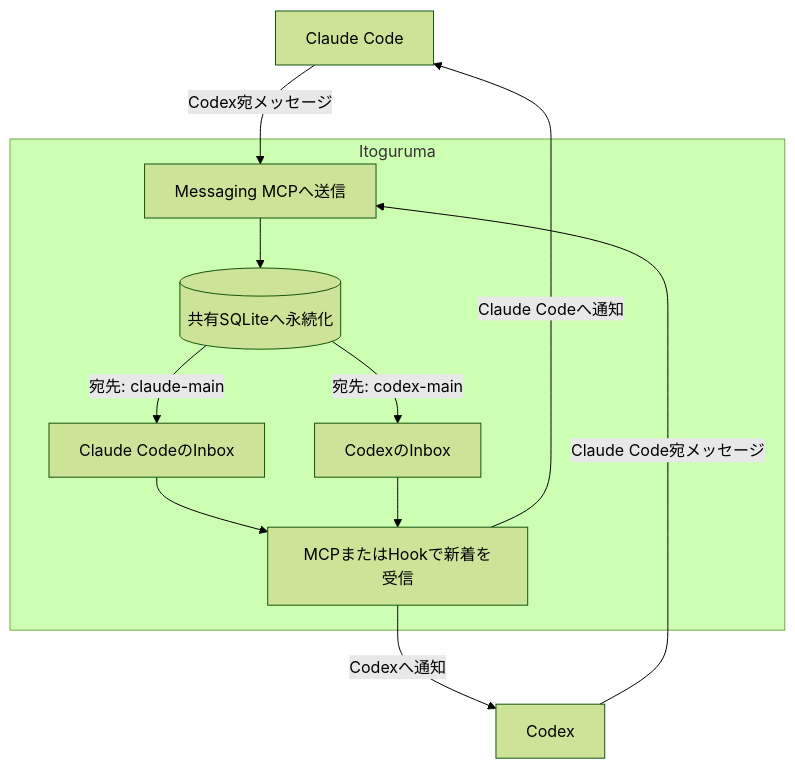
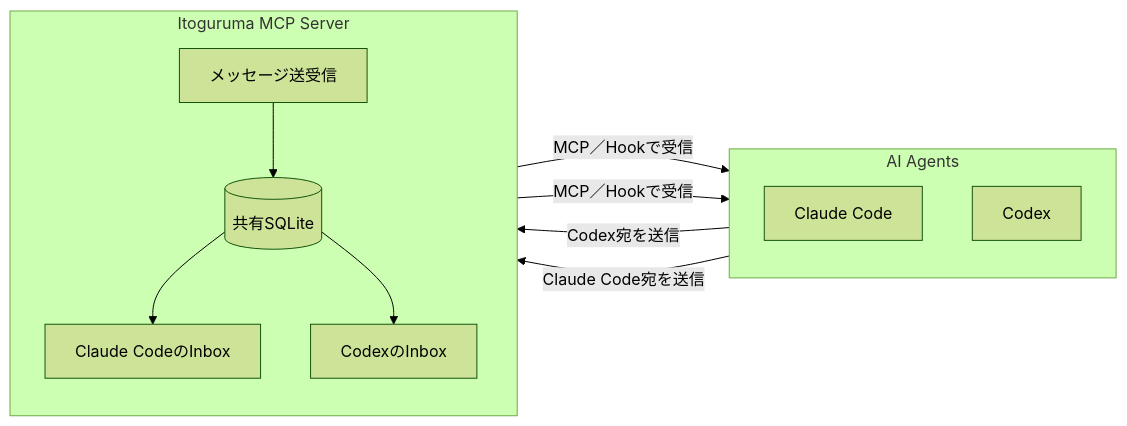
Before and after one commit to katsushoe/Itoguruma: the diagram in README.md, drawn with Mermaid (forest theme).

Commit message:
docs: improve messaging diagram layout

````diff
--- a/README.md
+++ b/README.md
@@ -7,23 +7,25 @@
 ```mermaid
-flowchart TB
-    Claude["Claude Code"]
-    Codex["Codex"]
+flowchart LR
+    subgraph Agents["AI Agents"]
+        direction TB
+        Claude["Claude Code"]
+        Codex["Codex"]
+    end
 
-    subgraph Itoguruma["Itoguruma"]
-        Send["Messaging MCPへ送信"]
-        Store[("共有SQLiteへ永続化")]
+    subgraph Itoguruma["Itoguruma MCP Server"]
+        direction TB
+        Messaging["メッセージ送受信"]
+        Store[("共有SQLite")]
         ClaudeInbox["Claude CodeのInbox"]
         CodexInbox["CodexのInbox"]
-        Deliver["MCPまたはHookで新着を受信"]
+
+        Messaging --> Store
+        Store --> ClaudeInbox
+        Store --> CodexInbox
     end
 
-    Claude -- "Codex宛メッセージ" --> Send
-    Codex -- "Claude Code宛メッセージ" --> Send
-    Send --> Store
-    Store -- "宛先: claude-main" --> ClaudeInbox
-    Store -- "宛先: codex-main" --> CodexInbox
-    ClaudeInbox --> Deliver
-    CodexInbox --> Deliver
-    Deliver -- "Claude Codeへ通知" --> Claude
-    Deliver -- "Codexへ通知" --> Codex
+    Claude -- "Codex宛を送信" --> Messaging
+    Codex -- "Claude Code宛を送信" --> Messaging
+    ClaudeInbox -- "MCP／Hookで受信" --> Claude
+    CodexInbox -- "MCP／Hookで受信" --> Codex
 ```
````
